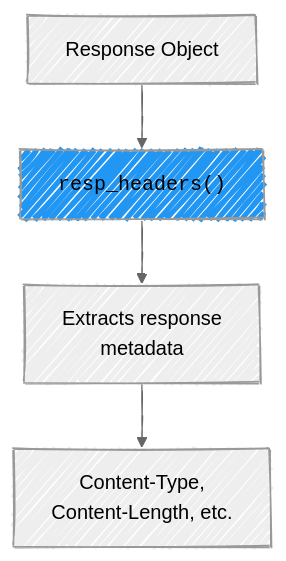
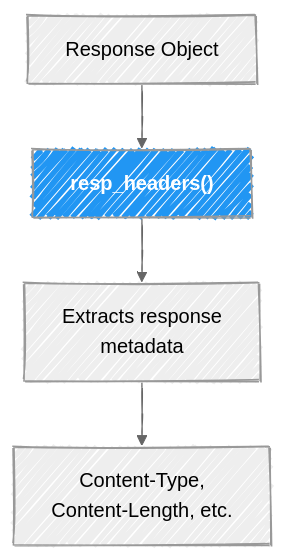
One commit to mjfrigaard/do4ds-labs changed the tenth of 10 diagrams in r-app-api.qmd. Above: the diagram before and after it, drawn with Mermaid. The commit also changed other lines of this file and 34 other files, not shown here.

Commit message:
updates to mermaid

````diff
--- a/r-app-api.qmd
+++ b/r-app-api.qmd
@@ -721,12 +752,13 @@
 ```{mermaid}
 %%| fig-width: 6.5
 %%| fig-align: center
 %%{init: {'theme': 'neutral', 'look': 'handDrawn', 'themeVariables': { 'fontFamily': 'monospace'}}}%%
 
 graph TD
-	A[Response Object] --> B["<code>resp_headers()</code>"]
+	A[Response Object] --> B["<strong>resp_headers()</strong>"]
 	B --> C["Extracts response<br>metadata"]
 	C --> D["Content-Type,<br>Content-Length, etc."]
 
-style B fill:#2196f3
+style B fill:#2196f3,color:#fff
+
 ```
````
